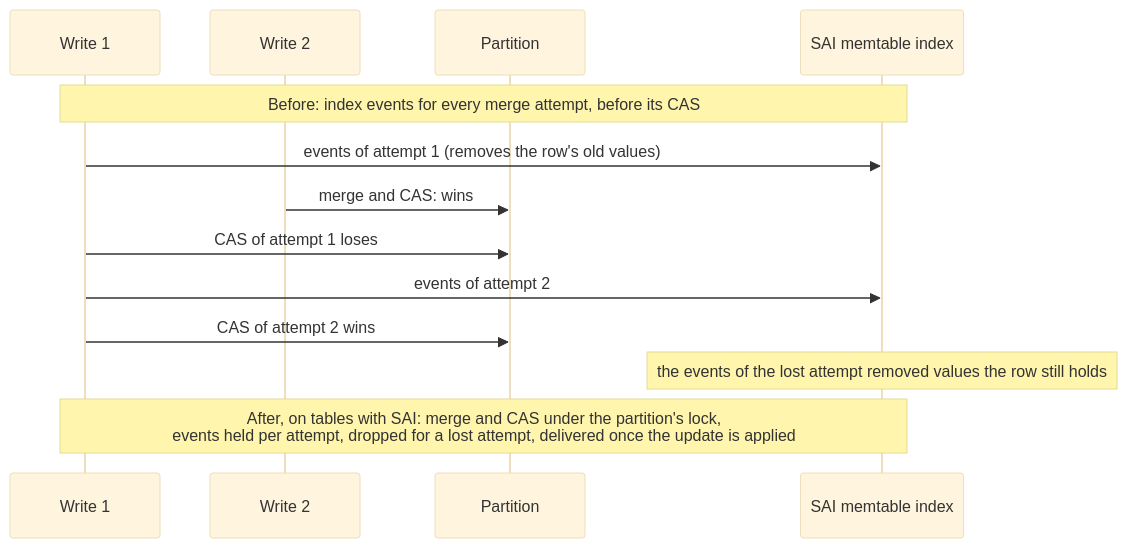
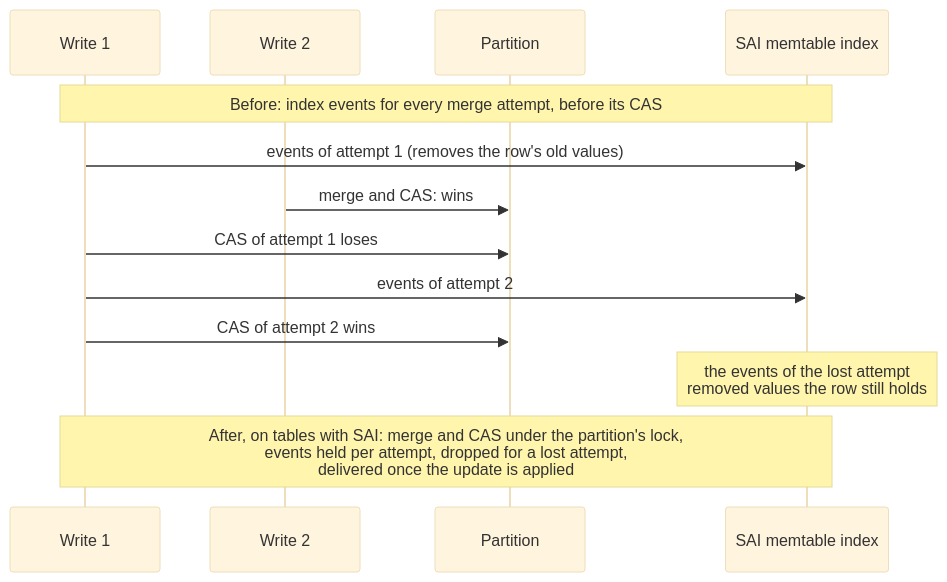
One commit to JeremiahDJordan/ai-review-guides changed the seventh of 7 diagrams in sai-apache-ports/README.md. Above: the diagram before and after it, drawn with Mermaid (base theme). The commit also changed other lines of this file and 6 other files, not shown here.

````diff
--- a/sai-apache-ports/README.md
+++ b/sai-apache-ports/README.md
@@ -233,15 +281,15 @@
 ```mermaid
 sequenceDiagram
     participant W1 as Write 1
     participant W2 as Write 2
     participant P as Partition
     participant I as SAI memtable index
     Note over W1,I: Before: index events for every merge attempt, before its CAS
     W1->>I: events of attempt 1 (removes the row's old values)
     W2->>P: merge and CAS: wins
     W1->>P: CAS of attempt 1 loses
     W1->>I: events of attempt 2
     W1->>P: CAS of attempt 2 wins
-    Note over I: the events of the lost attempt removed values the row still holds
-    Note over W1,I: After, on tables with SAI: merge and CAS under the partition's lock,<br/>events held per attempt, dropped for a lost attempt, delivered once the update is applied
+    Note over I: the events of the lost attempt<br/>removed values the row still holds
+    Note over W1,I: After, on tables with SAI: merge and CAS under the partition's lock,<br/>events held per attempt, dropped for a lost attempt,<br/>delivered once the update is applied
 ```
````
